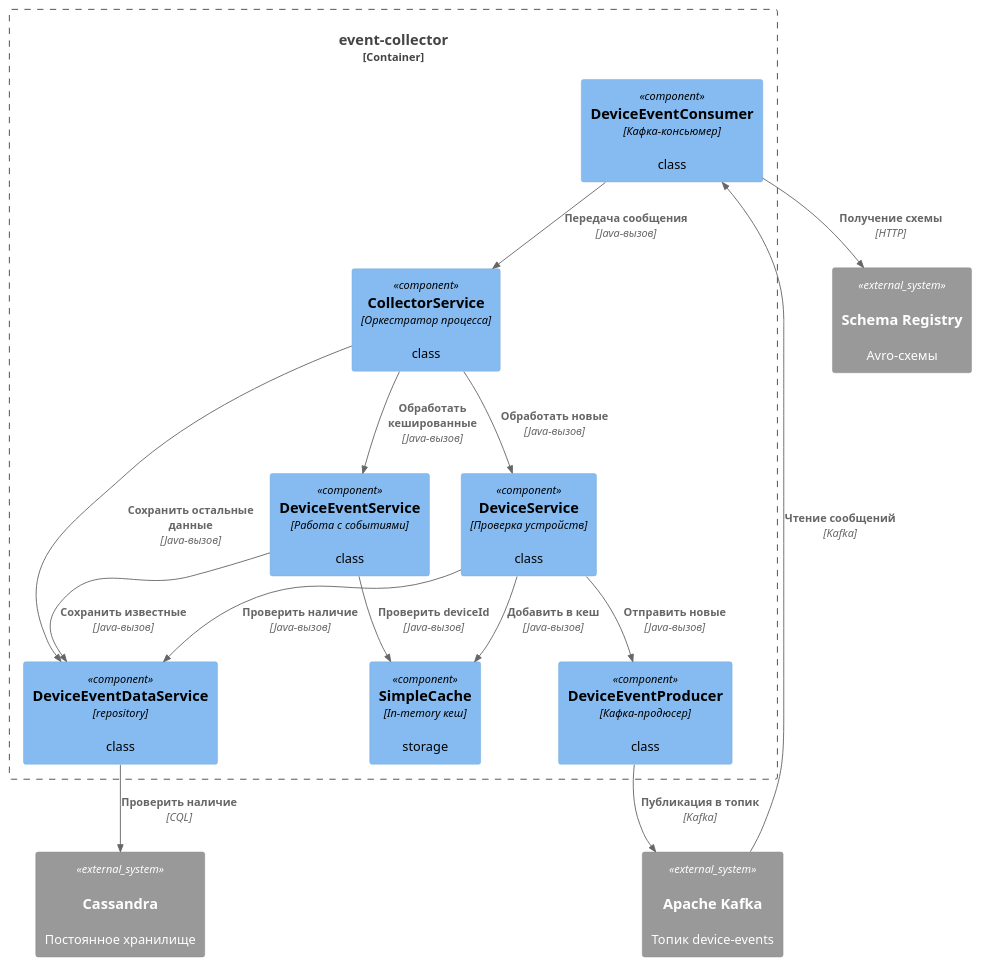
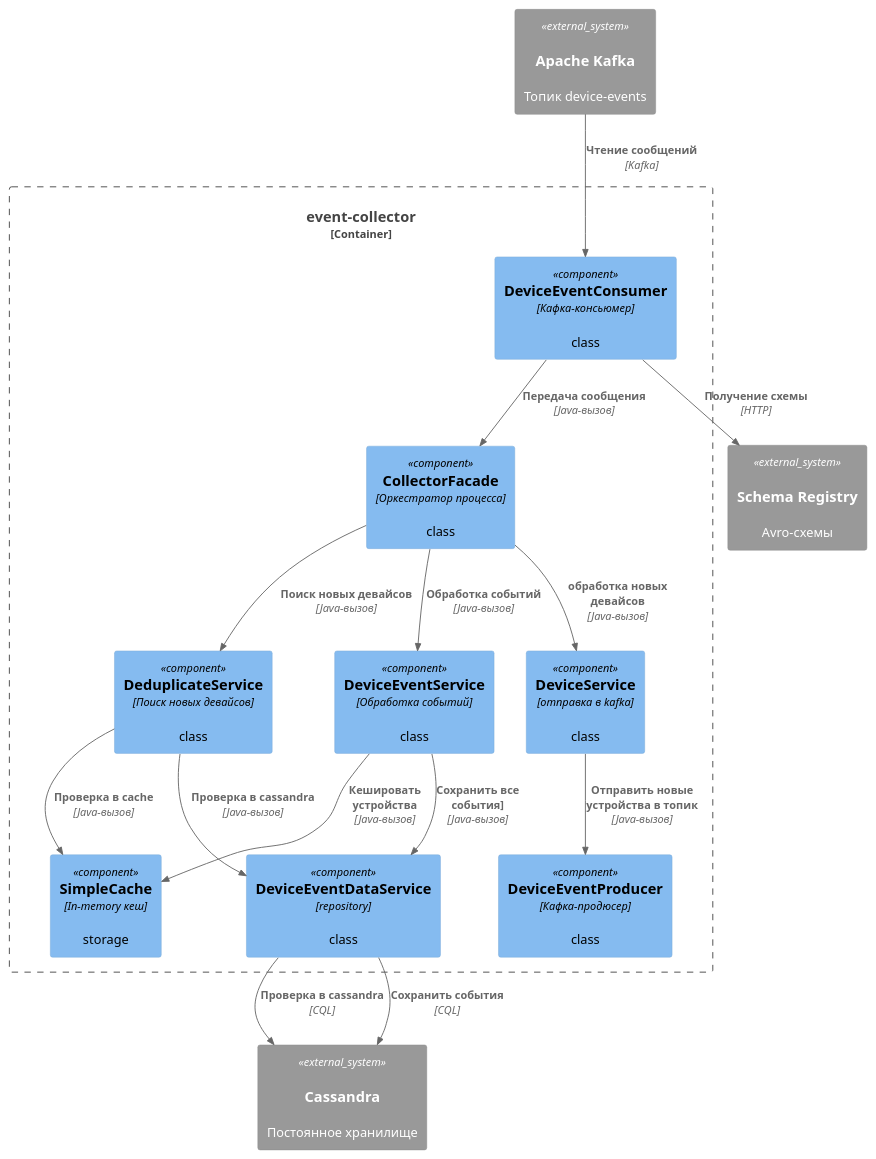
Before and after one commit to ApenDover/ourcode-iot-platform: the diagram in diagrams/event-collector/event-collector-component.puml, drawn with PlantUML. The commit also changed 23 other files, not shown here.

```diff
--- a/diagrams/event-collector/event-collector-component.puml
+++ b/diagrams/event-collector/event-collector-component.puml
@@ -1,39 +1,41 @@
 @startuml
 !include https://raw.githubusercontent.com/plantuml-stdlib/C4-PlantUML/master/C4_Component.puml
 
 AddElementTag("microservice", $bgColor="#E6F3F7", $fontColor="#333333", $borderColor="#3F668F")
 AddElementTag("storage", $bgColor="#F7E9E6", $fontColor="#333333", $borderColor="#8F3F3F")
 AddElementTag("queue", $bgColor="#E6F7E6", $fontColor="#333333", $borderColor="#3F8F5F")
 
 Container_Boundary(app, "event-collector") {
     Component(consumer, "DeviceEventConsumer", "Кафка-консьюмер", "class")
-    Component(collector, "CollectorService", "Оркестратор процесса", "class")
-    Component(event_service, "DeviceEventService", "Работа с событиями", "class")
-    Component(device_service, "DeviceService", "Проверка устройств", "class")
+    Component(collector, "CollectorFacade", "Оркестратор процесса", "class")
+    Component(deduplicate_service, "DeduplicateService", "Поиск новых девайсов", "class")
+    Component(device_event_service, "DeviceEventService", "Обработка событий", "class")
+    Component(cache, "SimpleCache", "In-memory кеш", "storage")
+    Component(event_data_service, "DeviceEventDataService", "repository", "class")
+    Component(device_service, "DeviceService", "отправка в kafka", "class")
     Component(producer, "DeviceEventProducer", "Кафка-продюсер", "class")
-    Component(event_data_service, "DeviceEventDataService", "repository", "class")
-    Component(cache, "SimpleCache", "In-memory кеш", "storage")
 }
 
 System_Ext(kafka, "Apache Kafka", "Топик device-events", "queue")
 System_Ext(schema_reg, "Schema Registry", "Avro-схемы", "storage")
 System_Ext(cassandra, "Cassandra", "Постоянное хранилище", "storage")
 
 Rel(kafka, consumer, "Чтение сообщений", "Kafka")
 Rel(consumer, schema_reg, "Получение схемы", "HTTP")
 Rel(consumer, collector, "Передача сообщения", "Java-вызов")
 
-Rel(collector, event_service, "Обработать кешированные", "Java-вызов")
-Rel(event_service, cache, "Проверить deviceId", "Java-вызов")
-Rel(event_service, event_data_service, "Сохранить известные", "Java-вызов")
+Rel(collector, deduplicate_service, "Поиск новых девайсов", "Java-вызов")
+Rel(collector, device_event_service, "Обработка событий", "Java-вызов")
+Rel(collector, device_service, "обработка новых девайсов", "Java-вызов")
 
-Rel(collector, device_service, "Обработать новые", "Java-вызов")
-Rel(device_service, event_data_service, "Проверить наличие", "Java-вызов")
-Rel(device_service, producer, "Отправить новые", "Java-вызов")
-Rel(event_data_service, cassandra, "Проверить наличие", "CQL")
-Rel(producer, kafka, "Публикация в топик", "Kafka")
-Rel(device_service, cache, "Добавить в кеш", "Java-вызов")
+Rel(deduplicate_service, cache, "Проверка в cache", "Java-вызов")
+Rel(deduplicate_service, event_data_service, "Проверка в cassandra", "Java-вызов")
+Rel(event_data_service, cassandra, "Проверка в cassandra", "CQL")
 
-Rel(collector, event_data_service, "Сохранить остальные данные", "Java-вызов")
+Rel(device_event_service, event_data_service, "Сохранить все события]", "Java-вызов")
+Rel(event_data_service, cassandra, "Сохранить события", "CQL")
+
+Rel(device_event_service, cache, "Кешировать устройства", "Java-вызов")
+Rel(device_service, producer, "Отправить новые устройства в топик", "Java-вызов")
 
 @enduml
```
